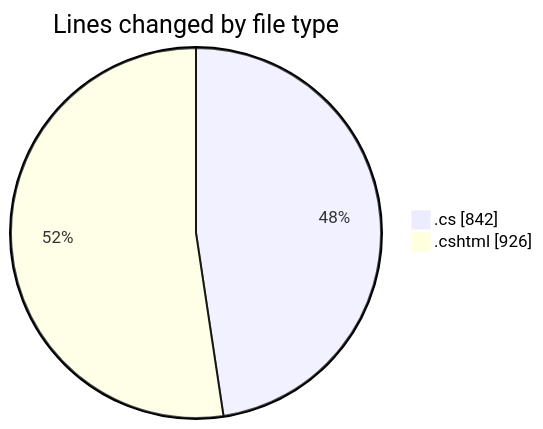
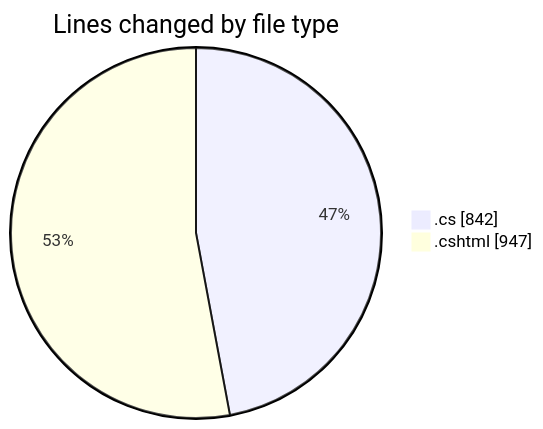
Before and after one commit to lephambinh05/code-tracking: the first of 2 diagrams in 2025-07-22/nhahang/README.md, drawn with Mermaid. The commit also changed other lines of this file and 1 other file, not shown here.

````diff
--- a/2025-07-22/nhahang/README.md
+++ b/2025-07-22/nhahang/README.md
@@ -60,6 +67,6 @@
 ```mermaid
 pie showData
 title Lines changed by file type
 ".cs" : 842
-".cshtml" : 926
+".cshtml" : 947
 ```
````
